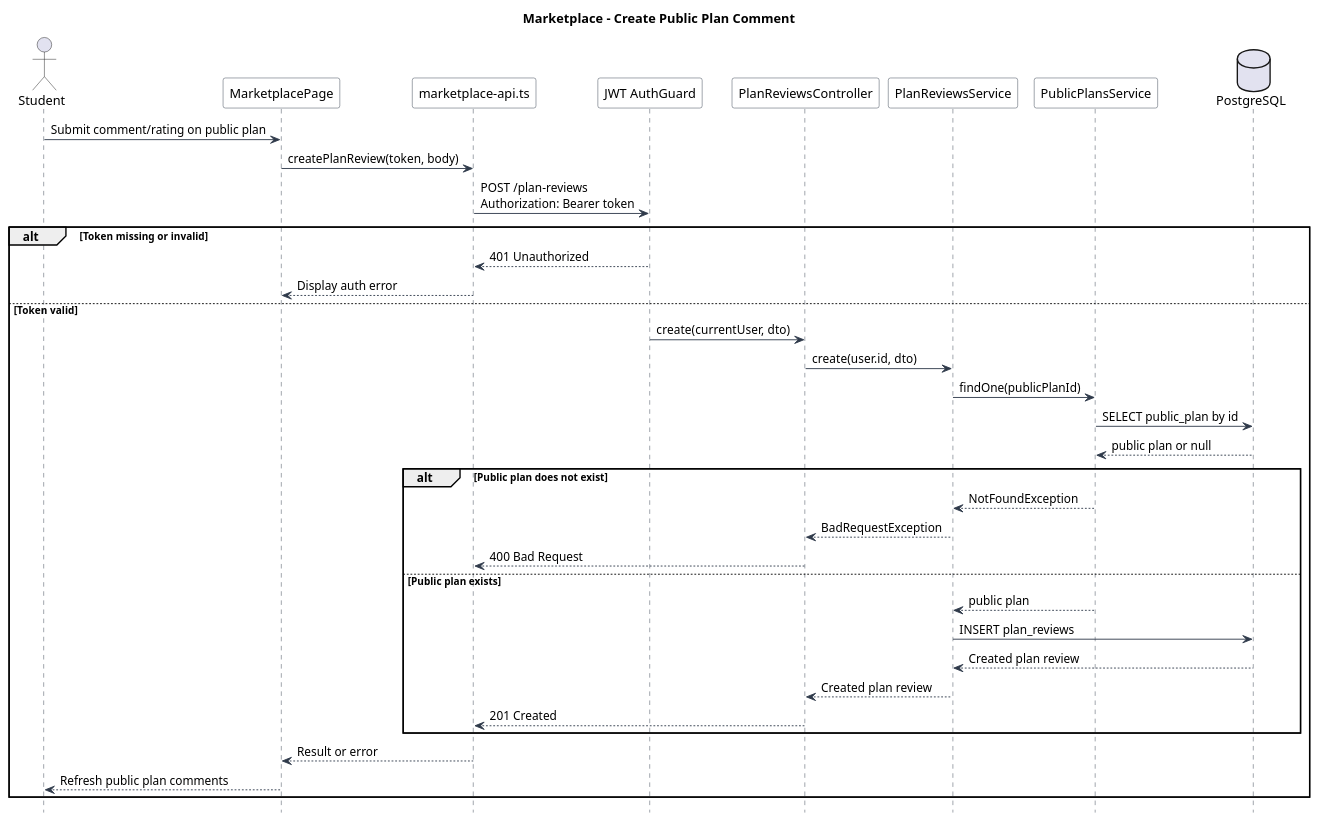
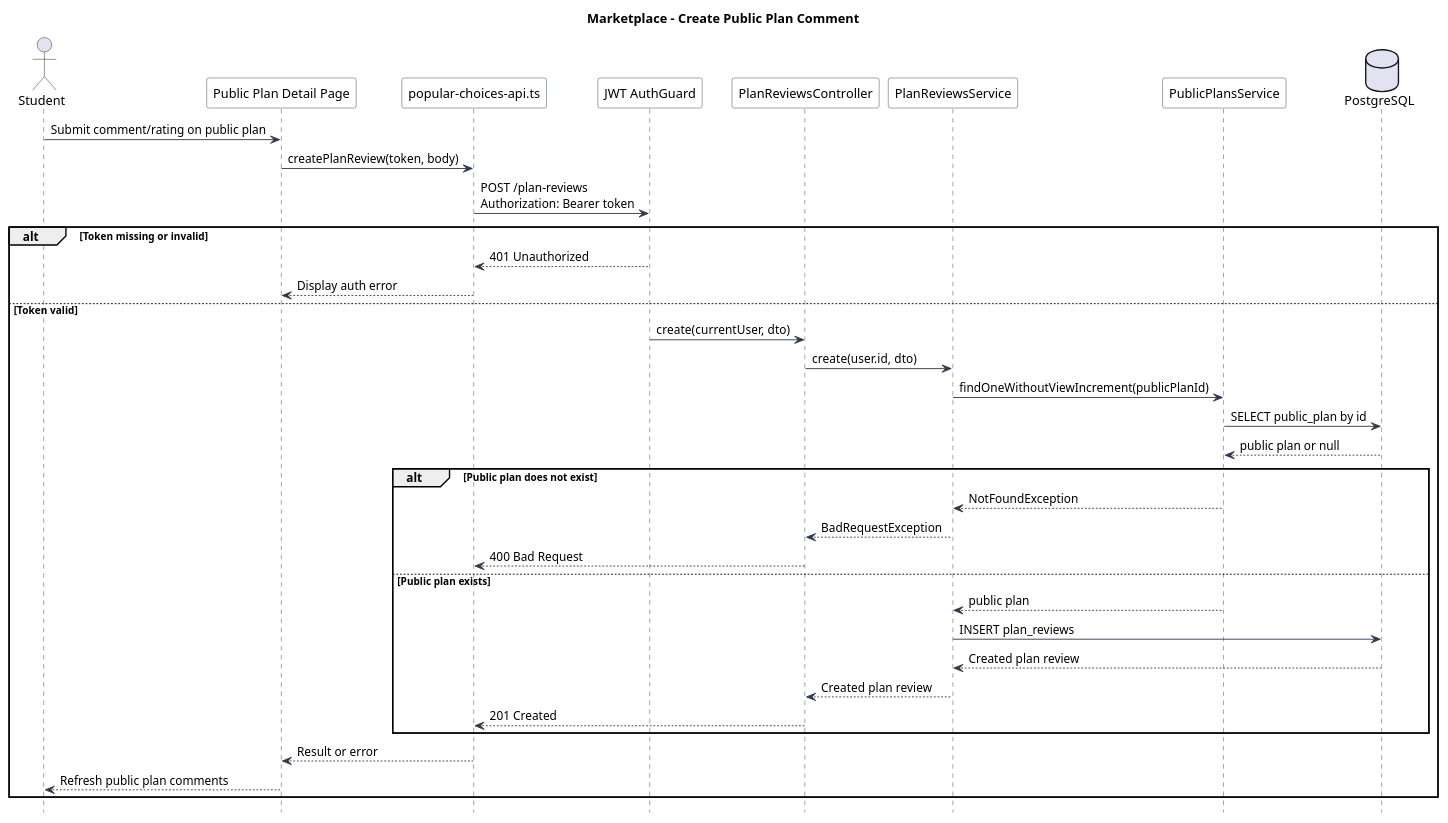
Before and after one commit to Shum-ster/nusmodumind: the diagram in diagrams/sequences/16_marketplace_create_public_plan_comment.wsd, drawn with PlantUML. The commit also changed 11 other files, not shown here.

Commit message:
Updated sequence diagrams and erd

```diff
--- a/diagrams/sequences/16_marketplace_create_public_plan_comment.wsd
+++ b/diagrams/sequences/16_marketplace_create_public_plan_comment.wsd
@@ -1,53 +1,53 @@
 @startuml Marketplace_Create_Public_Plan_Comment_Sequence
 
 title Marketplace - Create Public Plan Comment
 
 hide footbox
 skinparam shadowing false
 skinparam sequence {
     ArrowColor #2F3A4A
     LifeLineBorderColor #2F3A4A
     ParticipantBorderColor #2F3A4A
     ParticipantBackgroundColor #FFFFFF
 }
 
 actor Student
-participant "MarketplacePage" as MarketplacePage
-participant "marketplace-api.ts" as MarketplaceApi
+participant "Public Plan Detail Page" as PlanDetailPage
+participant "popular-choices-api.ts" as PopularChoicesApi
 participant "JWT AuthGuard" as JwtGuard
 participant "PlanReviewsController" as PlanReviewsController
 participant "PlanReviewsService" as PlanReviewsService
 participant "PublicPlansService" as PublicPlansService
 database "PostgreSQL" as DB
 
-Student -> MarketplacePage : Submit comment/rating on public plan
-MarketplacePage -> MarketplaceApi : createPlanReview(token, body)
-MarketplaceApi -> JwtGuard : POST /plan-reviews\nAuthorization: Bearer token
+Student -> PlanDetailPage : Submit comment/rating on public plan
+PlanDetailPage -> PopularChoicesApi : createPlanReview(token, body)
+PopularChoicesApi -> JwtGuard : POST /plan-reviews\nAuthorization: Bearer token
 
 alt Token missing or invalid
-    JwtGuard --> MarketplaceApi : 401 Unauthorized
-    MarketplaceApi --> MarketplacePage : Display auth error
+    JwtGuard --> PopularChoicesApi : 401 Unauthorized
+    PopularChoicesApi --> PlanDetailPage : Display auth error
 else Token valid
     JwtGuard -> PlanReviewsController : create(currentUser, dto)
     PlanReviewsController -> PlanReviewsService : create(user.id, dto)
-    PlanReviewsService -> PublicPlansService : findOne(publicPlanId)
+    PlanReviewsService -> PublicPlansService : findOneWithoutViewIncrement(publicPlanId)
     PublicPlansService -> DB : SELECT public_plan by id
     DB --> PublicPlansService : public plan or null
 
     alt Public plan does not exist
         PublicPlansService --> PlanReviewsService : NotFoundException
         PlanReviewsService --> PlanReviewsController : BadRequestException
-        PlanReviewsController --> MarketplaceApi : 400 Bad Request
+        PlanReviewsController --> PopularChoicesApi : 400 Bad Request
     else Public plan exists
         PublicPlansService --> PlanReviewsService : public plan
         PlanReviewsService -> DB : INSERT plan_reviews
         DB --> PlanReviewsService : Created plan review
         PlanReviewsService --> PlanReviewsController : Created plan review
-        PlanReviewsController --> MarketplaceApi : 201 Created
+        PlanReviewsController --> PopularChoicesApi : 201 Created
     end
 
-    MarketplaceApi --> MarketplacePage : Result or error
-    MarketplacePage --> Student : Refresh public plan comments
+    PopularChoicesApi --> PlanDetailPage : Result or error
+    PlanDetailPage --> Student : Refresh public plan comments
 end
 
 @enduml
```
